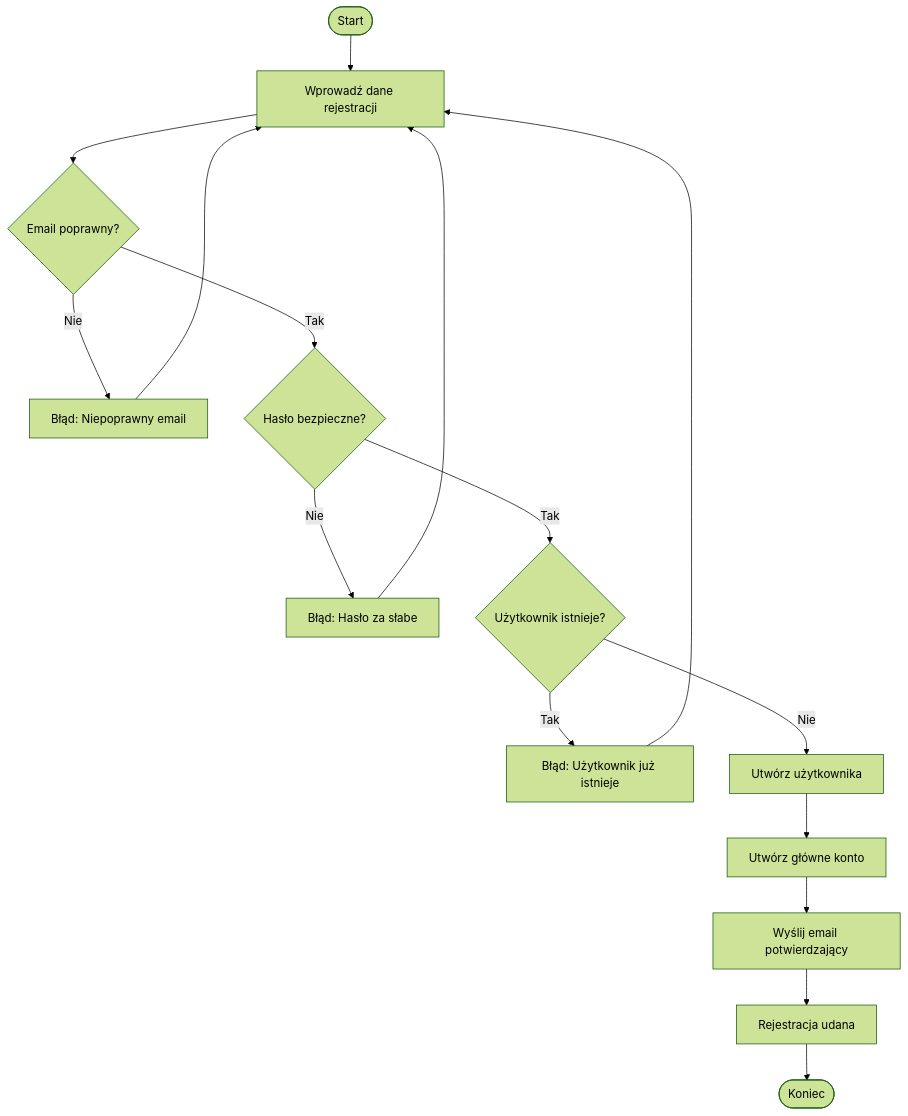
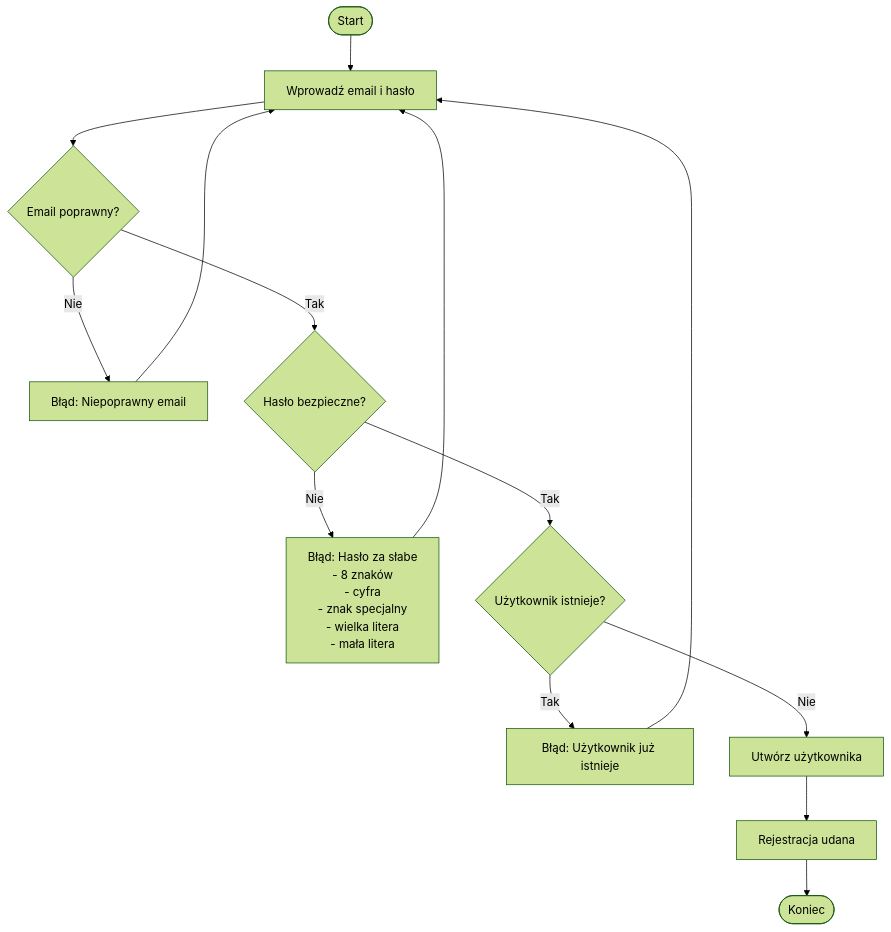
Before and after one commit to WisMaja/MyMoney: the third of 20 diagrams in docs/diagramy.md, drawn with Mermaid (forest theme). The commit also changed other lines of this file and 10 other files, not shown here.

````diff
--- a/docs/diagramy.md
+++ b/docs/diagramy.md
@@ -97,21 +81,19 @@
 ```mermaid
 flowchart TD
-    Start([Start]) --> Input[Wprowadź dane rejestracji]
+    Start([Start]) --> Input[Wprowadź email i hasło]
     Input --> ValidateEmail{Email poprawny?}
     ValidateEmail -->|Nie| ErrorEmail[Błąd: Niepoprawny email]
     ErrorEmail --> Input
     
     ValidateEmail -->|Tak| ValidatePassword{Hasło bezpieczne?}
-    ValidatePassword -->|Nie| ErrorPassword[Błąd: Hasło za słabe]
+    ValidatePassword -->|Nie| ErrorPassword[Błąd: Hasło za słabe<br/>- 8 znaków<br/>- cyfra<br/>- znak specjalny<br/>- wielka litera<br/>- mała litera]
     ErrorPassword --> Input
     
     ValidatePassword -->|Tak| CheckExists{Użytkownik istnieje?}
     CheckExists -->|Tak| ErrorExists[Błąd: Użytkownik już istnieje]
     ErrorExists --> Input
     
     CheckExists -->|Nie| CreateUser[Utwórz użytkownika]
-    CreateUser --> CreateMainWallet[Utwórz główne konto]
-    CreateMainWallet --> SendConfirmation[Wyślij email potwierdzający]
-    SendConfirmation --> Success[Rejestracja udana]
+    CreateUser --> Success[Rejestracja udana]
     Success --> End([Koniec])
 ```
````
